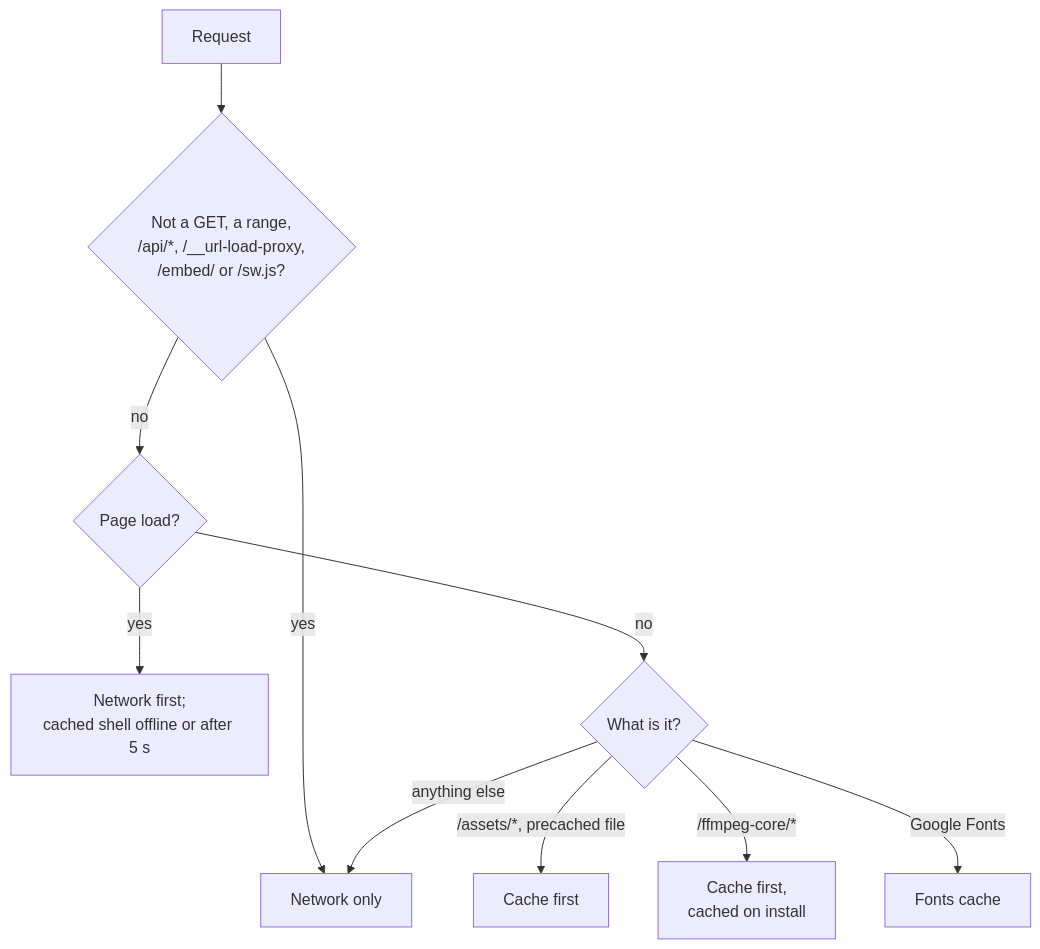
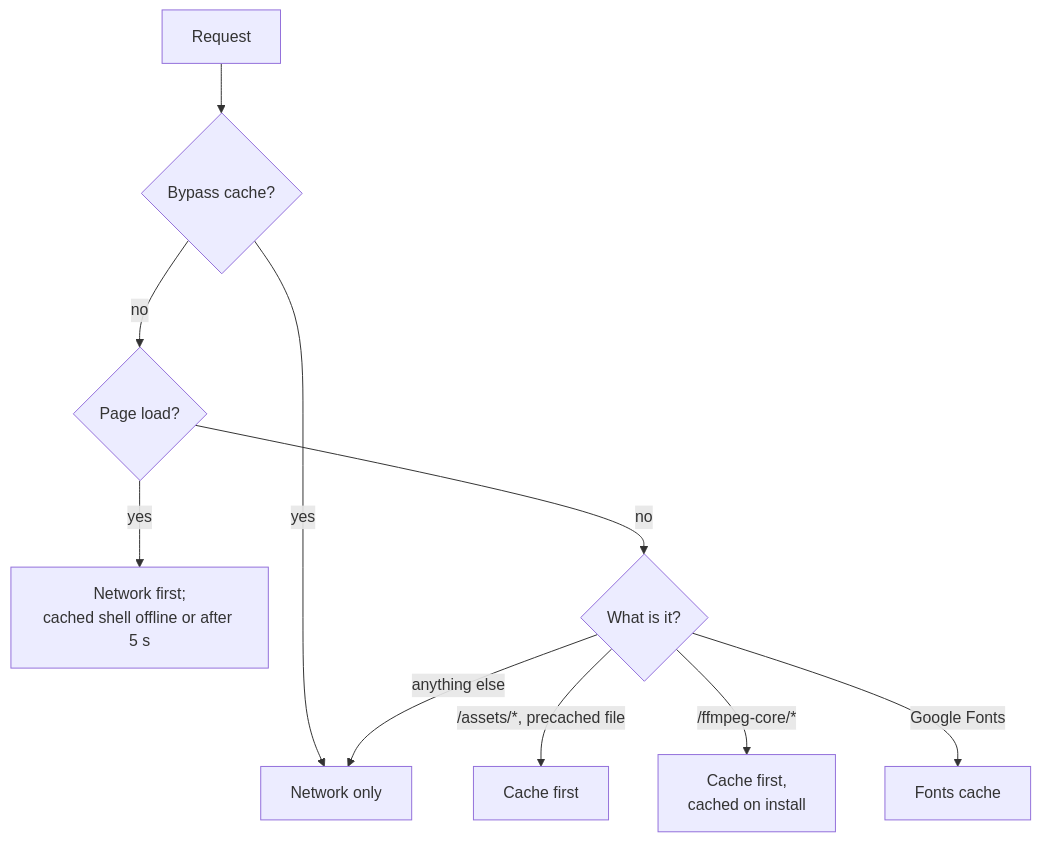
Before and after one commit to nulltask/be-music: the second of 3 diagrams in docs/player-web.md, drawn with Mermaid. The commit also changed other lines of this file and 33 other files, not shown here.

````diff
--- a/docs/player-web.md
+++ b/docs/player-web.md
@@ -204,12 +204,12 @@
 ```mermaid
 flowchart TD
-  request[Request] --> dynamic{"Not a GET, a range,<br/>/api/*, /__url-load-proxy,<br/>/embed/ or /sw.js?"}
+  request[Request] --> dynamic{"Bypass cache?"}
   dynamic -- yes --> network[Network only]
   dynamic -- no --> page{Page load?}
   page -- yes --> shell["Network first;<br/>cached shell offline or after 5 s"]
   page -- no --> kind{What is it?}
   kind -- "/assets/*, precached file" --> cacheFirst[Cache first]
   kind -- "/ffmpeg-core/*" --> ffmpeg["Cache first,<br/>cached on install"]
   kind -- "Google Fonts" --> fonts[Fonts cache]
   kind -- "anything else" --> network
 ```
````
